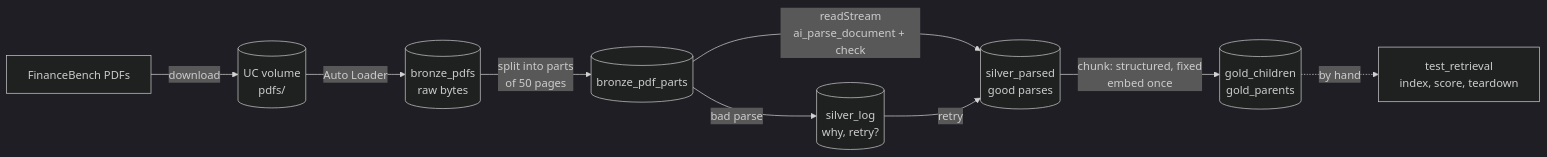
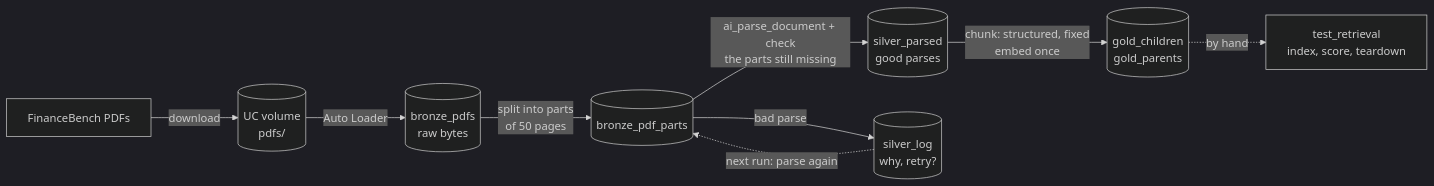
The first of 2 diagrams in README.md (SuddhaswattaMaityUK/dbx-finance-bench-rag), drawn with Mermaid (dark theme) before and after one commit. The commit also changed other lines of this file and 8 other files, not shown here.

````diff
--- a/README.md
+++ b/README.md
@@ -9,11 +9,11 @@
 ```mermaid
 flowchart LR
     A[FinanceBench PDFs] -->|download| V[(UC volume<br/>pdfs/)]
     V -->|Auto Loader| B[(bronze_pdfs<br/>raw bytes)]
     B -->|"split into parts<br/>of 50 pages"| T[("bronze_pdf_parts")]
-    T -->|"readStream<br/>ai_parse_document + check"| P[("silver_parsed<br/>good parses")]
+    T -->|"ai_parse_document + check<br/>the parts still missing"| P[("silver_parsed<br/>good parses")]
     T -->|"bad parse"| L[("silver_log<br/>why, retry?")]
-    L -->|"retry"| P
+    L -.->|"next run: parse again"| T
     P -->|"chunk: structured, fixed<br/>embed once"| G[("gold_children<br/>gold_parents")]
     G -.->|"by hand"| R["test_retrieval<br/>index, score, teardown"]
 ```
````
